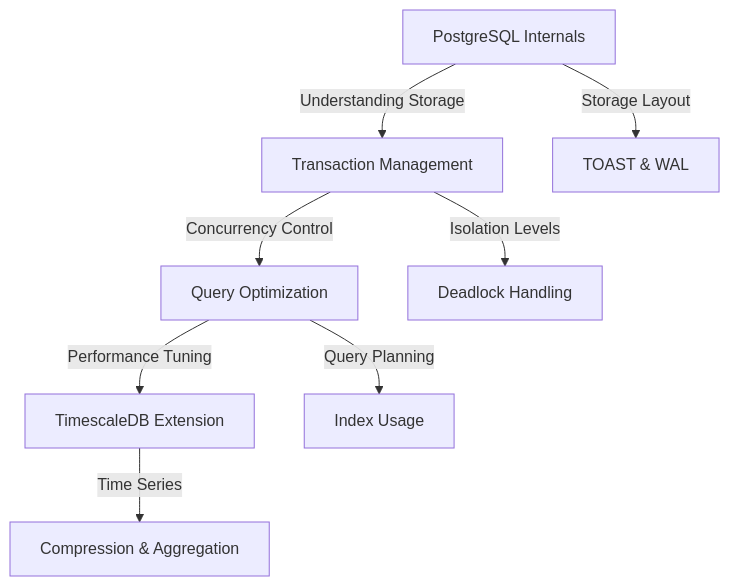
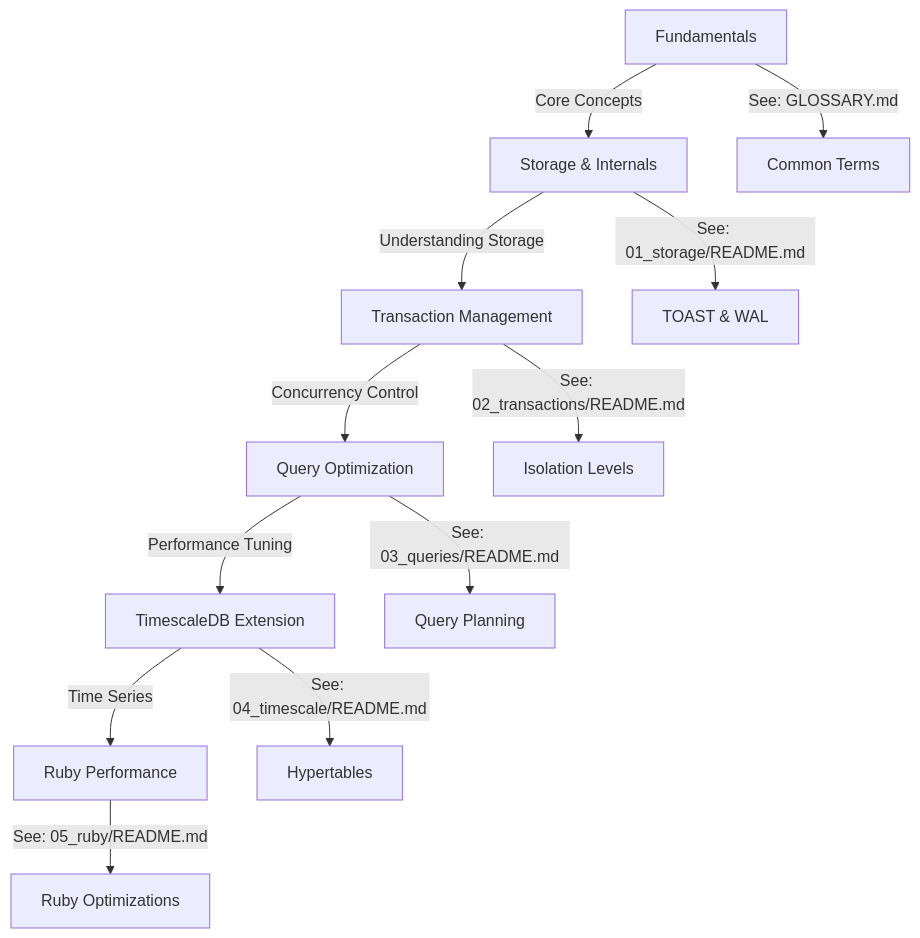
Before and after one commit to jonatas/postgresql-performance-for-rubyists: the diagram in README.md, drawn with Mermaid. The commit also changed other lines of this file and 6 other files, not shown here.

First line of the commit message:
Add comprehensive PostgreSQL Glossary with detailed explanations and code examples

````diff
--- a/README.md
+++ b/README.md
@@ -16,11 +9,15 @@
 ```mermaid
 graph TD
-    A[PostgreSQL Internals] -->|Understanding Storage| B[Transaction Management]
-    B -->|Concurrency Control| C[Query Optimization]
-    C -->|Performance Tuning| D[TimescaleDB Extension]
+    A[Fundamentals] -->|Core Concepts| B[Storage & Internals]
+    B -->|Understanding Storage| C[Transaction Management]
+    C -->|Concurrency Control| D[Query Optimization]
+    D -->|Performance Tuning| E[TimescaleDB Extension]
+    E -->|Time Series| F[Ruby Performance]
     
-    A -->|Storage Layout| E[TOAST & WAL]
-    B -->|Isolation Levels| F[Deadlock Handling]
-    C -->|Query Planning| G[Index Usage]
-    D -->|Time Series| H[Compression & Aggregation]
+    A -->|"See: GLOSSARY.md"| G[Common Terms]
+    B -->|"See: 01_storage/README.md"| H[TOAST & WAL]
+    C -->|"See: 02_transactions/README.md"| I[Isolation Levels]
+    D -->|"See: 03_queries/README.md"| J[Query Planning]
+    E -->|"See: 04_timescale/README.md"| K[Hypertables]
+    F -->|"See: 05_ruby/README.md"| L[Ruby Optimizations]
 ```
````
